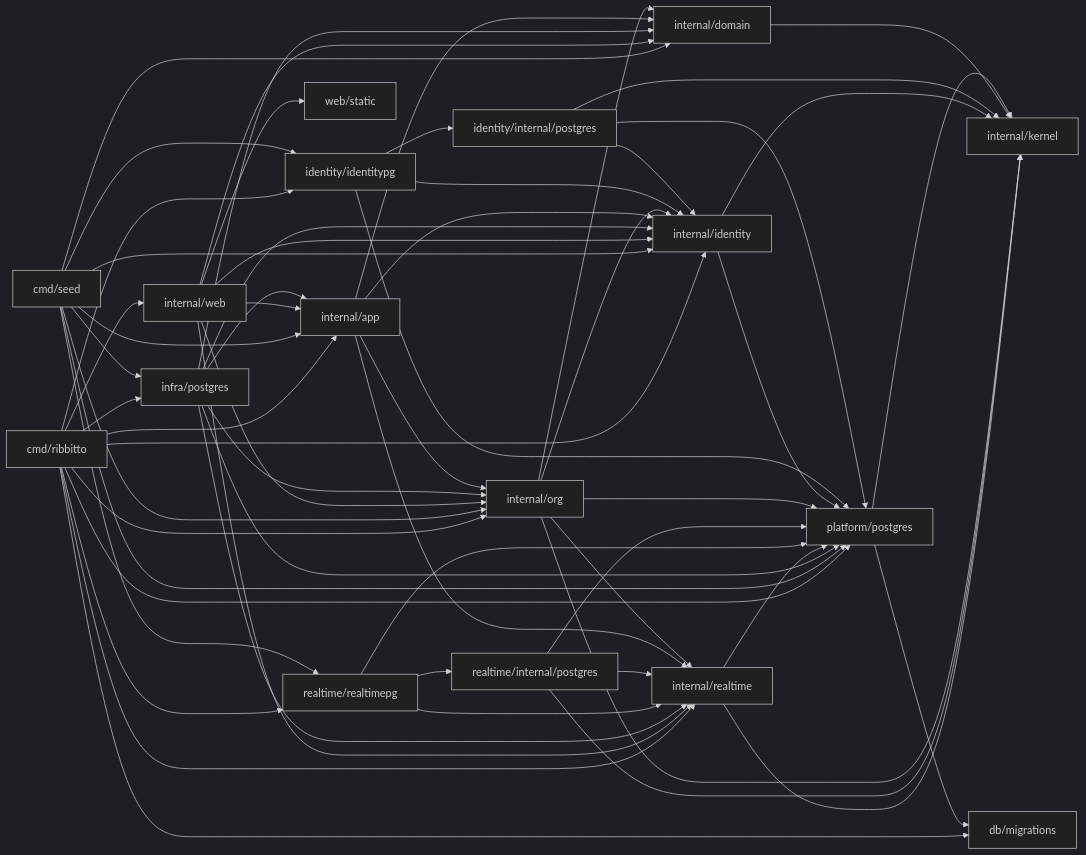
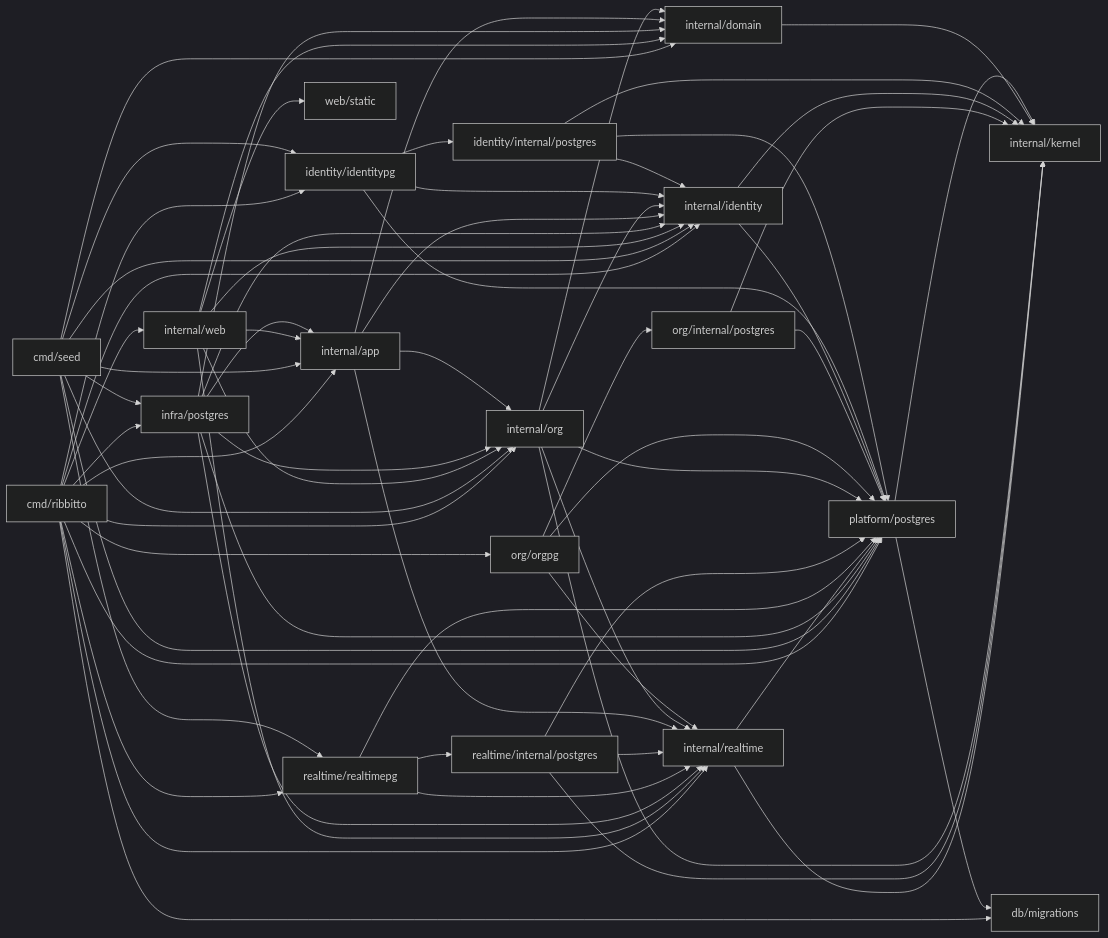
Before and after one commit to tkakkie/ribbitto: the diagram in docs/architecture/packages.md, drawn with Mermaid (dark theme). The commit also changed other lines of this file and 31 other files, not shown here.

First line of the commit message:
refactor(org): org's store and wiring serve realtime's bounds, sequences and retention (#463)

````diff
--- a/docs/architecture/packages.md
+++ b/docs/architecture/packages.md
@@ -66,17 +66,19 @@
 ```mermaid
 flowchart LR
-  cmd[cmd/ribbitto] --> web & app & org & identity & identitypg[identity/identitypg] & realtimepg & postgres[infra/postgres] & realtime & platform[platform/postgres] & migrations[db/migrations]
+  cmd[cmd/ribbitto] --> web & app & org & orgpg[org/orgpg] & identity & identitypg[identity/identitypg] & realtimepg & postgres[infra/postgres] & realtime & platform[platform/postgres] & migrations[db/migrations]
   seed[cmd/seed] --> app & org & identity & identitypg & realtimepg & postgres & platform & domain
   web[internal/web] --> app & org & identity & domain & realtime & static[web/static]
   postgres --> app & org & identity & domain & platform & realtime
   realtime[internal/realtime] --> kernel & platform
   realtimepg[realtime/realtimepg] --> realtime & rstore[realtime/internal/postgres] & platform
   rstore --> realtime & platform & kernel
   app[internal/app] --> org & identity & realtime & domain[internal/domain]
   org[internal/org] --> identity & realtime & domain & kernel & platform
+  orgpg --> ostore[org/internal/postgres] & platform & realtime
+  ostore --> platform & kernel
   identity[internal/identity] --> kernel & platform
   identitypg --> identity & store[identity/internal/postgres] & platform
   store --> identity & platform & kernel
   domain --> kernel[internal/kernel]
   platform --> kernel & migrations
 ```
````
